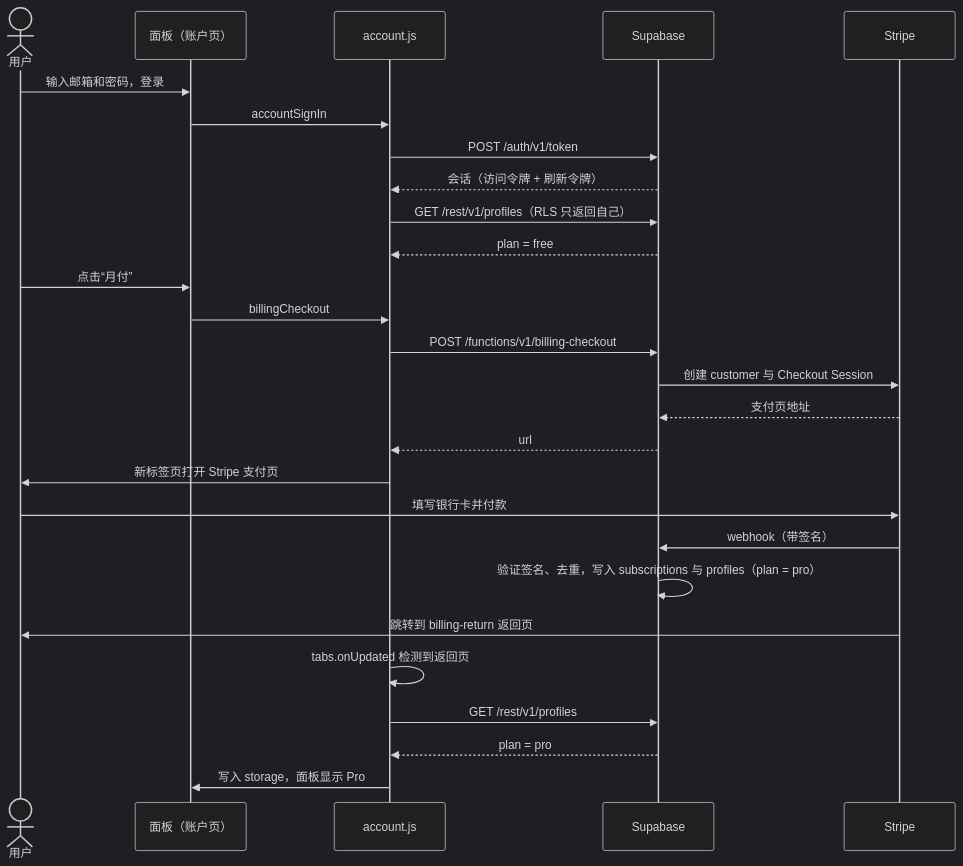
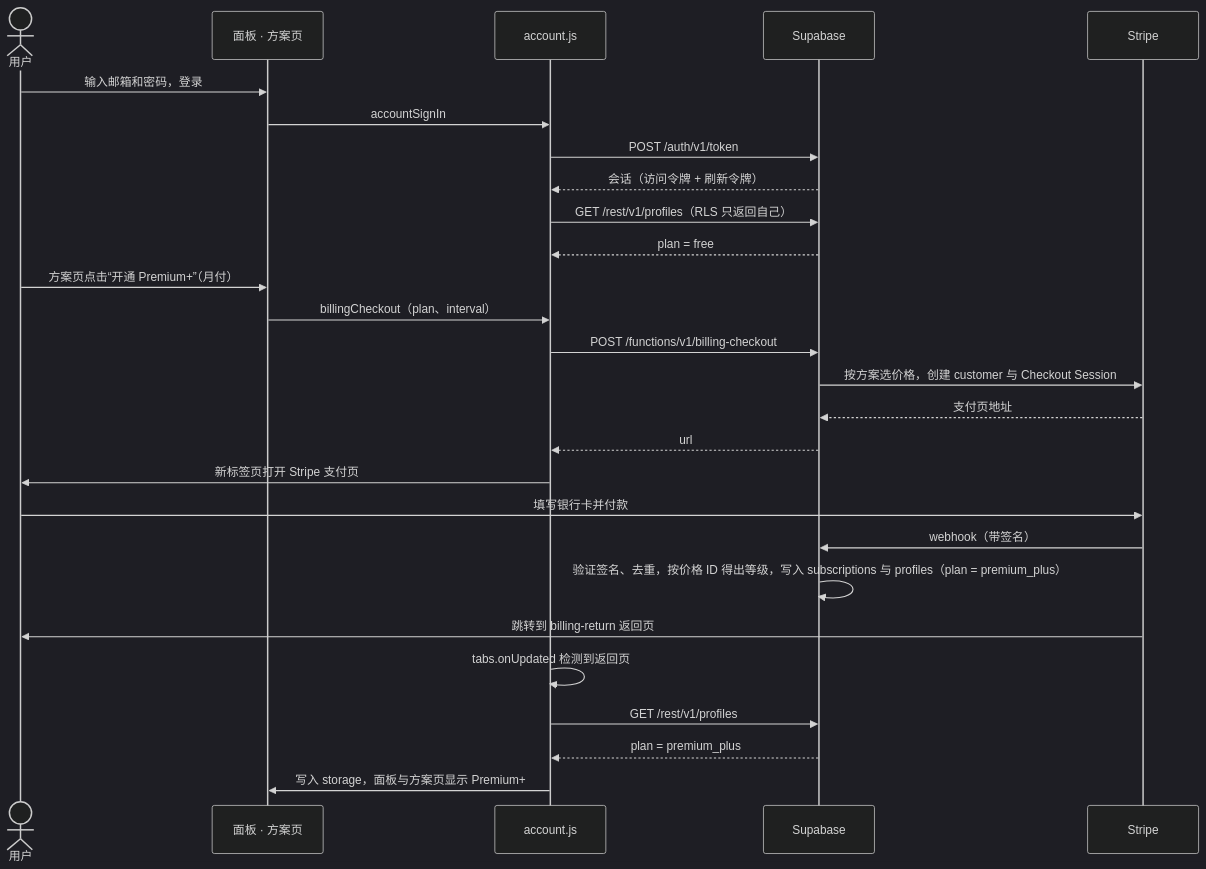
Before and after one commit to pandatalk8/glimmer: the ninth of 12 diagrams in docs/architecture.md, drawn with Mermaid (dark theme). The commit also changed other lines of this file and 37 other files, not shown here.

First line of the commit message:
feat: 会员分档 Premium / Premium+、后端翻译代理、Premium 方案页、生词本云同步

````diff
--- a/docs/architecture.md
+++ b/docs/architecture.md
@@ -335,29 +351,29 @@
 ```mermaid
 sequenceDiagram
   actor U as 用户
-  participant P as 面板（账户页）
+  participant P as 面板 · 方案页
   participant A as account.js
   participant S as Supabase
   participant T as Stripe
   U->>P: 输入邮箱和密码，登录
   P->>A: accountSignIn
   A->>S: POST /auth/v1/token
   S-->>A: 会话（访问令牌 + 刷新令牌）
   A->>S: GET /rest/v1/profiles（RLS 只返回自己）
   S-->>A: plan = free
-  U->>P: 点击“月付”
-  P->>A: billingCheckout
+  U->>P: 方案页点击“开通 Premium+”（月付）
+  P->>A: billingCheckout（plan、interval）
   A->>S: POST /functions/v1/billing-checkout
-  S->>T: 创建 customer 与 Checkout Session
+  S->>T: 按方案选价格，创建 customer 与 Checkout Session
   T-->>S: 支付页地址
   S-->>A: url
   A->>U: 新标签页打开 Stripe 支付页
   U->>T: 填写银行卡并付款
   T->>S: webhook（带签名）
-  S->>S: 验证签名、去重，写入 subscriptions 与 profiles（plan = pro）
+  S->>S: 验证签名、去重，按价格 ID 得出等级，写入 subscriptions 与 profiles（plan = premium_plus）
   T->>U: 跳转到 billing-return 返回页
   A->>A: tabs.onUpdated 检测到返回页
   A->>S: GET /rest/v1/profiles
-  S-->>A: plan = pro
-  A->>P: 写入 storage，面板显示 Pro
+  S-->>A: plan = premium_plus
+  A->>P: 写入 storage，面板与方案页显示 Premium+
 ```
````
